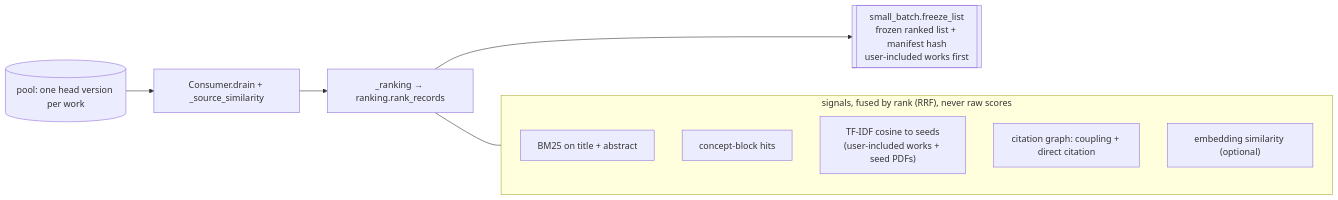
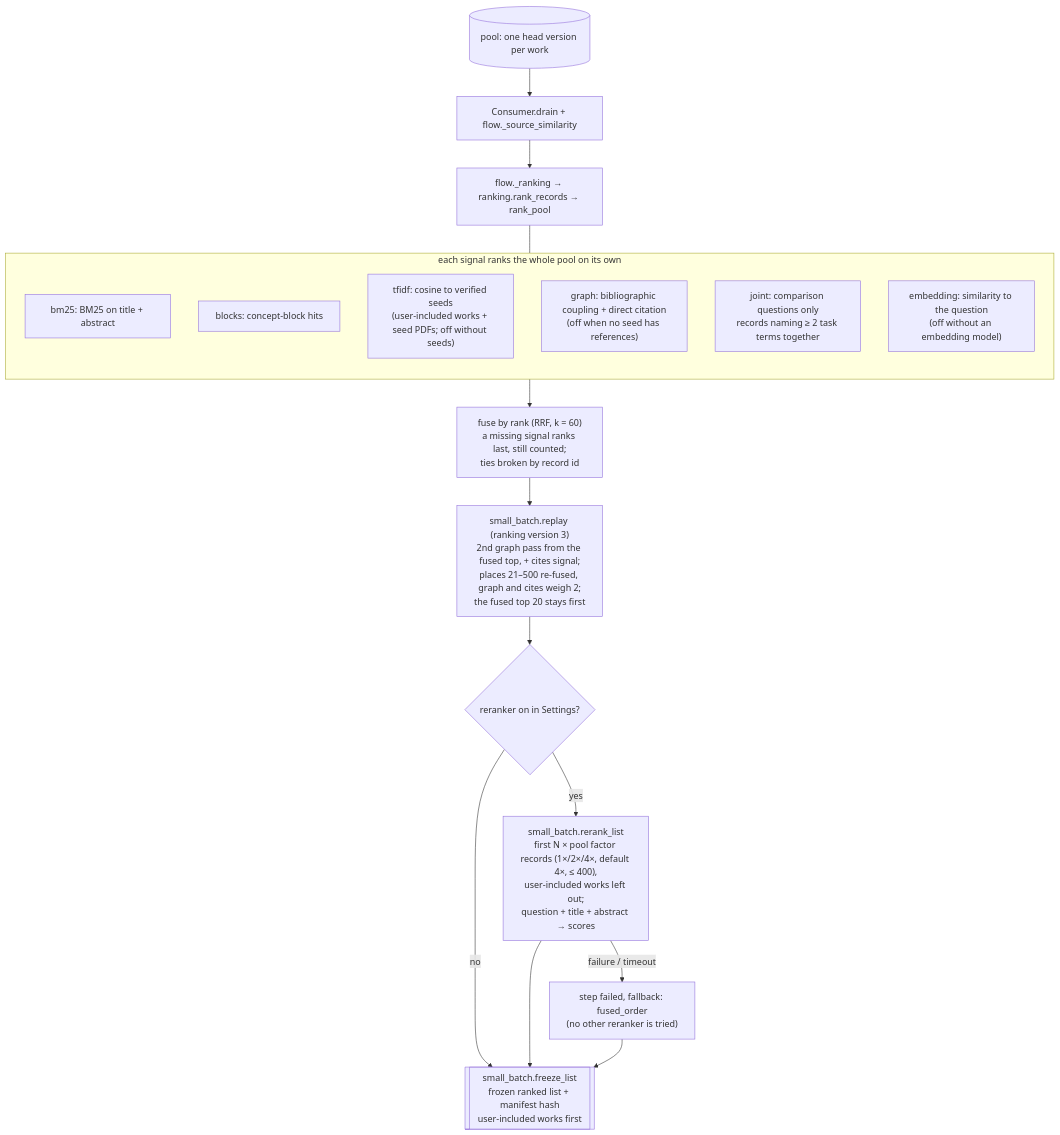
One commit to huguryildiz/DEIXIS changed the fifth of 8 diagrams in docs/search-architecture.md. Above: the diagram before and after it, drawn with Mermaid. The commit also changed other lines of this file, not shown here.

Commit message:
docs: search architecture brought up to 8cbedaea (reranker, ranking replay, joint signal, seed semantic requests, follow-up, Screen more, snowball, citation map)

````diff
--- a/docs/search-architecture.md
+++ b/docs/search-architecture.md
@@ -129,17 +163,26 @@
 ```mermaid
-flowchart LR
-    POOL[("pool: one head version per work")] --> DR["Consumer.drain + _source_similarity"]
-    DR --> RK["_ranking → ranking.rank_records"]
+flowchart TD
+    POOL[("pool: one head version per work")] --> DR["Consumer.drain + flow._source_similarity"]
+    DR --> RK["flow._ranking → ranking.rank_records → rank_pool"]
 
-    subgraph SIG["signals, fused by rank (RRF), never raw scores"]
+    subgraph SIG["each signal ranks the whole pool on its own"]
         direction TB
-        B["BM25 on title + abstract"]
-        BL["concept-block hits"]
-        TF["TF-IDF cosine to seeds<br/>(user-included works + seed PDFs)"]
-        G["citation graph: coupling + direct citation"]
-        E["embedding similarity (optional)"]
+        B["bm25: BM25 on title + abstract"]
+        BL["blocks: concept-block hits"]
+        TF["tfidf: cosine to verified seeds<br/>(user-included works + seed PDFs; off without seeds)"]
+        G["graph: bibliographic coupling + direct citation<br/>(off when no seed has references)"]
+        J["joint: comparison questions only<br/>records naming ≥ 2 task terms together"]
+        E["embedding: similarity to the question<br/>(off without an embedding model)"]
     end
 
     RK --- SIG
-    RK --> FL[["small_batch.freeze_list<br/>frozen ranked list + manifest hash<br/>user-included works first"]]
+    SIG --> F["fuse by rank (RRF, k = 60)<br/>a missing signal ranks last, still counted;<br/>ties broken by record id"]
+    F --> RP["small_batch.replay (ranking version 3)<br/>2nd graph pass from the fused top, + cites signal;<br/>places 21–500 re-fused, graph and cites weigh 2;<br/>the fused top 20 stays first"]
+    RP --> RR{"reranker on in Settings?"}
+    RR -->|"no"| FL
+    RR -->|"yes"| RRK["small_batch.rerank_list<br/>first N × pool factor records (1×/2×/4×, default 4×, ≤ 400),<br/>user-included works left out;<br/>question + title + abstract → scores"]
+    RRK -->|"failure / timeout"| FUSED["step failed, fallback: fused_order<br/>(no other reranker is tried)"]
+    RRK --> FL
+    FUSED --> FL
+    FL[["small_batch.freeze_list<br/>frozen ranked list + manifest hash<br/>user-included works first"]]
 ```
````
